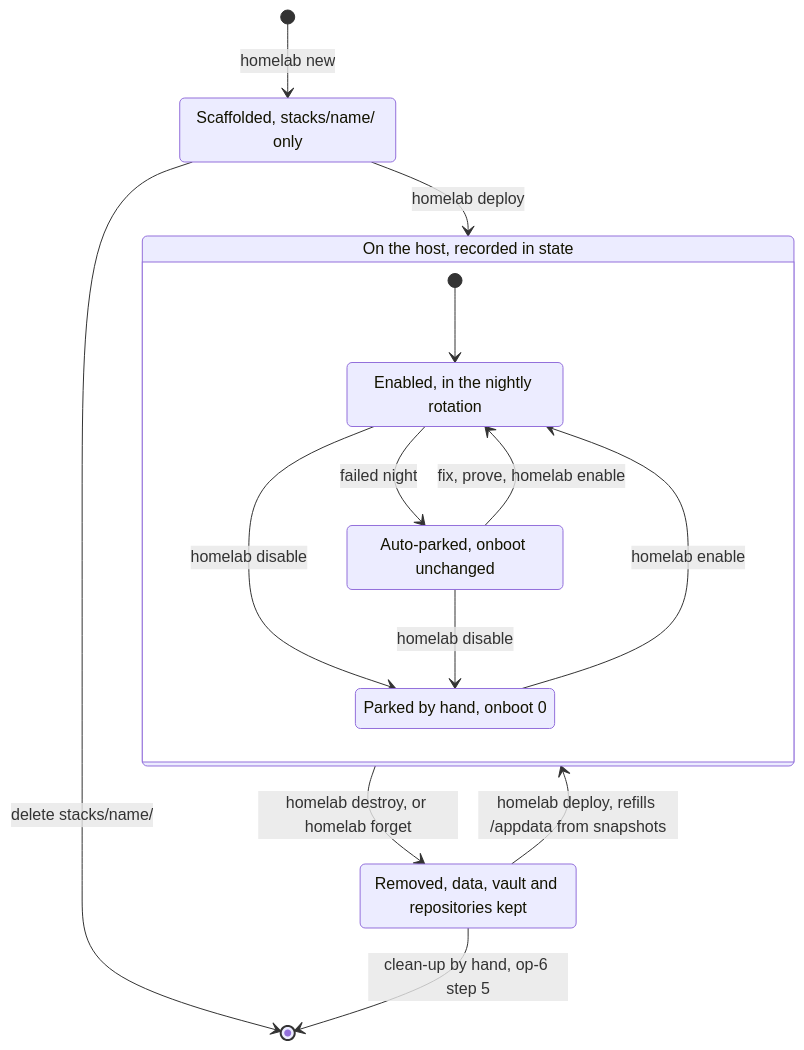
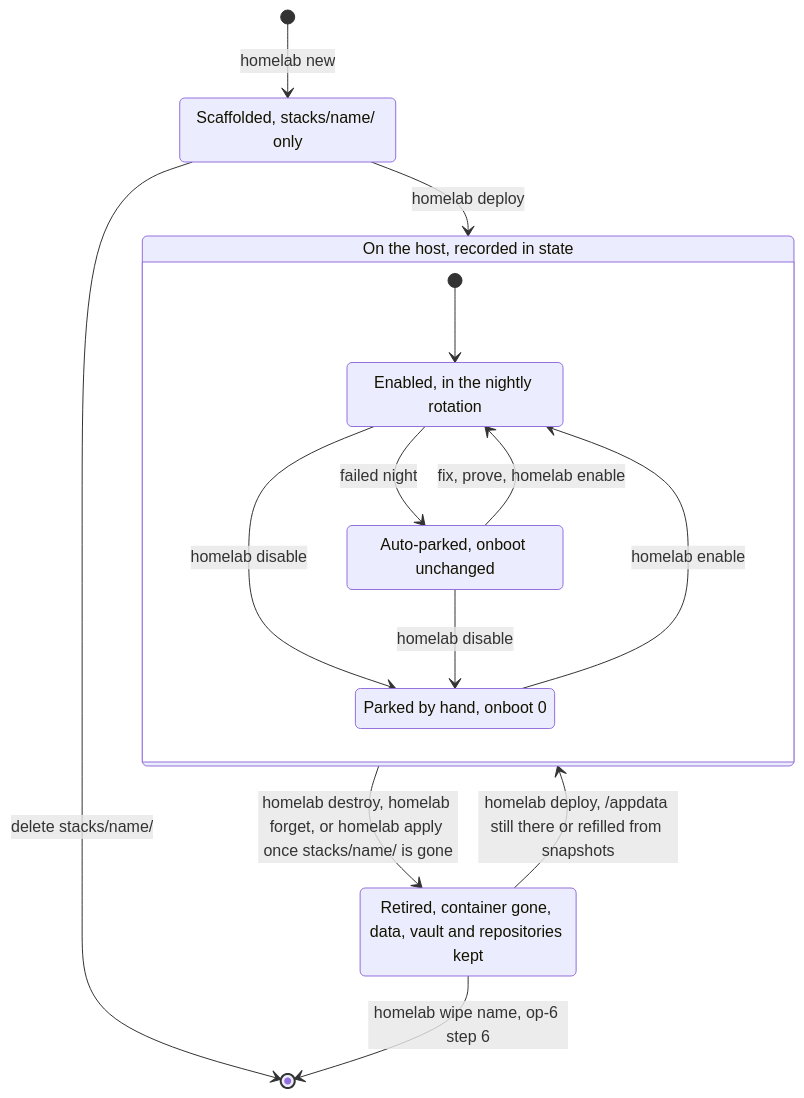
The second of 6 diagrams in docs/OPERATIONS_RUNBOOK.md (kennypassenier/homelab), drawn with Mermaid before and after one commit. The commit also changed other lines of this file and 10 other files, not shown here.

````diff
--- a/docs/OPERATIONS_RUNBOOK.md
+++ b/docs/OPERATIONS_RUNBOOK.md
@@ -332,24 +347,24 @@
 ```mermaid
 stateDiagram-v2
     state "Scaffolded, stacks/name/ only" as Scaffolded
-    state "Removed, data, vault and repositories kept" as Removed
+    state "Retired, container gone, data, vault and repositories kept" as Removed
     state "Enabled, in the nightly rotation" as Enabled
     state "Parked by hand, onboot 0" as ParkedByHand
     state "Auto-parked, onboot unchanged" as AutoParked
     state "On the host, recorded in state" as OnHost
 
     [*] --> Scaffolded: homelab new
     Scaffolded --> [*]: delete stacks/name/
     Scaffolded --> OnHost: homelab deploy
     state OnHost {
         [*] --> Enabled
         Enabled --> ParkedByHand: homelab disable
         Enabled --> AutoParked: failed night
         AutoParked --> ParkedByHand: homelab disable
         ParkedByHand --> Enabled: homelab enable
         AutoParked --> Enabled: fix, prove, homelab enable
     }
-    OnHost --> Removed: homelab destroy, or homelab forget
-    Removed --> OnHost: homelab deploy, refills /appdata from snapshots
-    Removed --> [*]: clean-up by hand, op-6 step 5
+    OnHost --> Removed: homelab destroy, homelab forget, or homelab apply once stacks/name/ is gone
+    Removed --> OnHost: homelab deploy, /appdata still there or refilled from snapshots
+    Removed --> [*]: homelab wipe name, op-6 step 6
 ```
````
